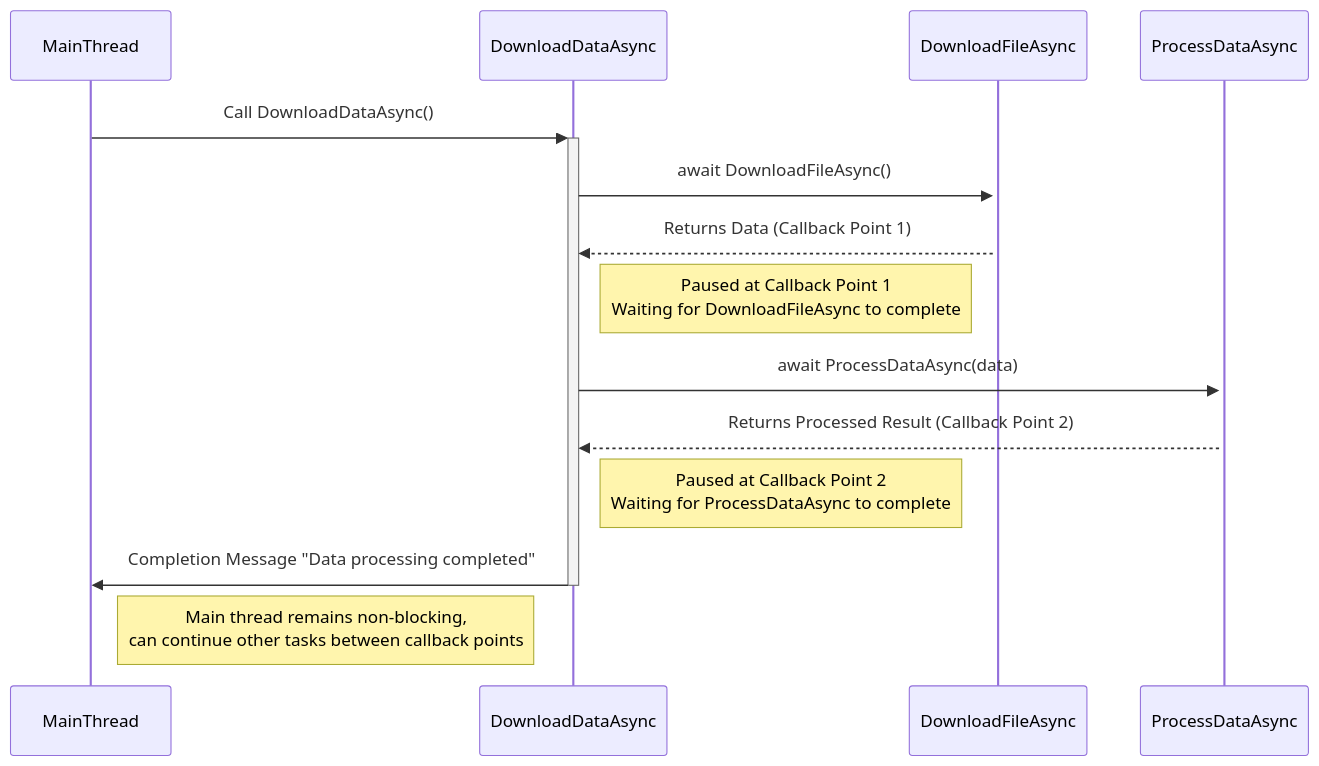
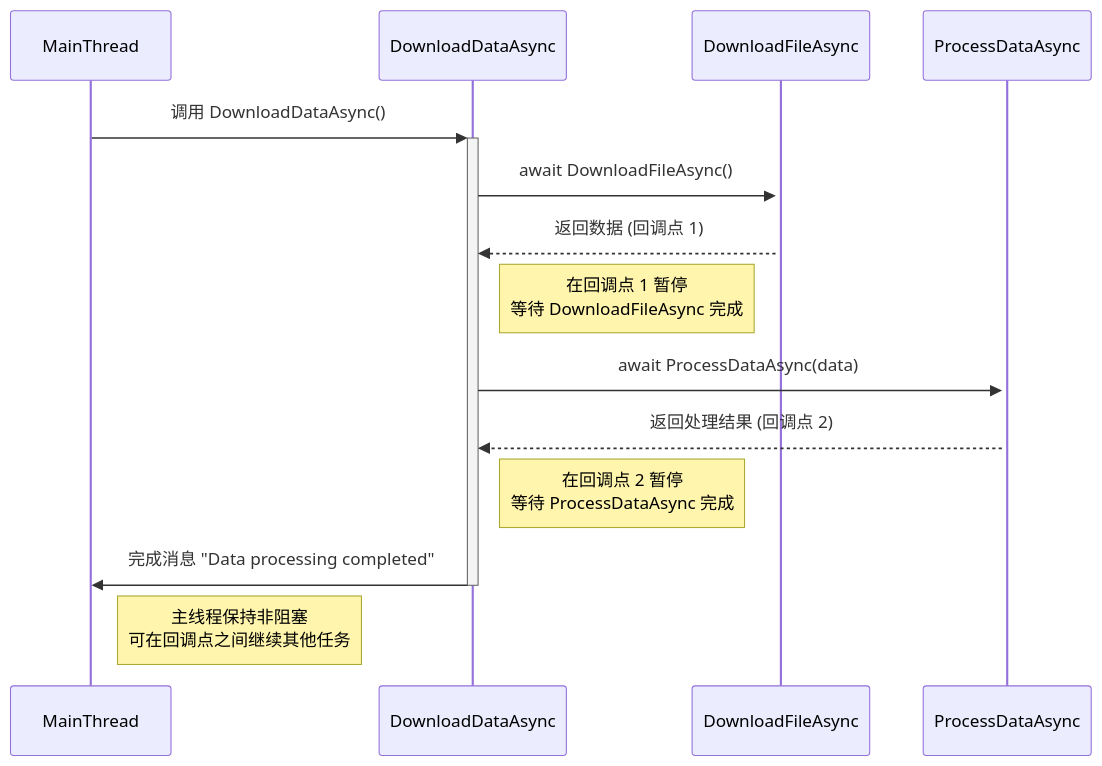
The diagram in C#/多线程杂项主题/Task-Based Asynchronous Programming.md (uwspstar/20-Day-Challenge-List), drawn with Mermaid before and after one commit. The commit also changed other lines of this file, not shown here.

````diff
--- a/C#/多线程杂项主题/Task-Based Asynchronous Programming.md
+++ b/C#/多线程杂项主题/Task-Based Asynchronous Programming.md
@@ -142,22 +140,22 @@
 ```mermaid
 sequenceDiagram
-    participant MainThread
-    participant DownloadDataAsync
-    participant DownloadFileAsync
-    participant ProcessDataAsync
+    participant 主线程 as MainThread
+    participant 下载数据异步 as DownloadDataAsync
+    participant 下载文件异步 as DownloadFileAsync
+    participant 处理数据异步 as ProcessDataAsync
 
-    MainThread->>+DownloadDataAsync: Call DownloadDataAsync()
-    DownloadDataAsync->>+DownloadFileAsync: await DownloadFileAsync()
-    DownloadFileAsync-->>DownloadDataAsync: Returns Data (Callback Point 1)
+    主线程->>+下载数据异步: 调用 DownloadDataAsync()
+    下载数据异步->>+下载文件异步: await DownloadFileAsync()
+    下载文件异步-->>下载数据异步: 返回数据 (回调点 1)
 
-    Note right of DownloadDataAsync: Paused at Callback Point 1<br>Waiting for DownloadFileAsync to complete
+    Note right of 下载数据异步: 在回调点 1 暂停<br>等待 DownloadFileAsync 完成
 
-    DownloadDataAsync->>+ProcessDataAsync: await ProcessDataAsync(data)
-    ProcessDataAsync-->>DownloadDataAsync: Returns Processed Result (Callback Point 2)
+    下载数据异步->>+处理数据异步: await ProcessDataAsync(data)
+    处理数据异步-->>下载数据异步: 返回处理结果 (回调点 2)
 
-    Note right of DownloadDataAsync: Paused at Callback Point 2<br>Waiting for ProcessDataAsync to complete
+    Note right of 下载数据异步: 在回调点 2 暂停<br>等待 ProcessDataAsync 完成
 
-    DownloadDataAsync->>-MainThread: Completion Message "Data processing completed"
+    下载数据异步->>-主线程: 完成消息 "Data processing completed"
 
-    Note right of MainThread: Main thread remains non-blocking,<br>can continue other tasks between callback points
+    Note right of 主线程: 主线程保持非阻塞<br>可在回调点之间继续其他任务
 ```
````
